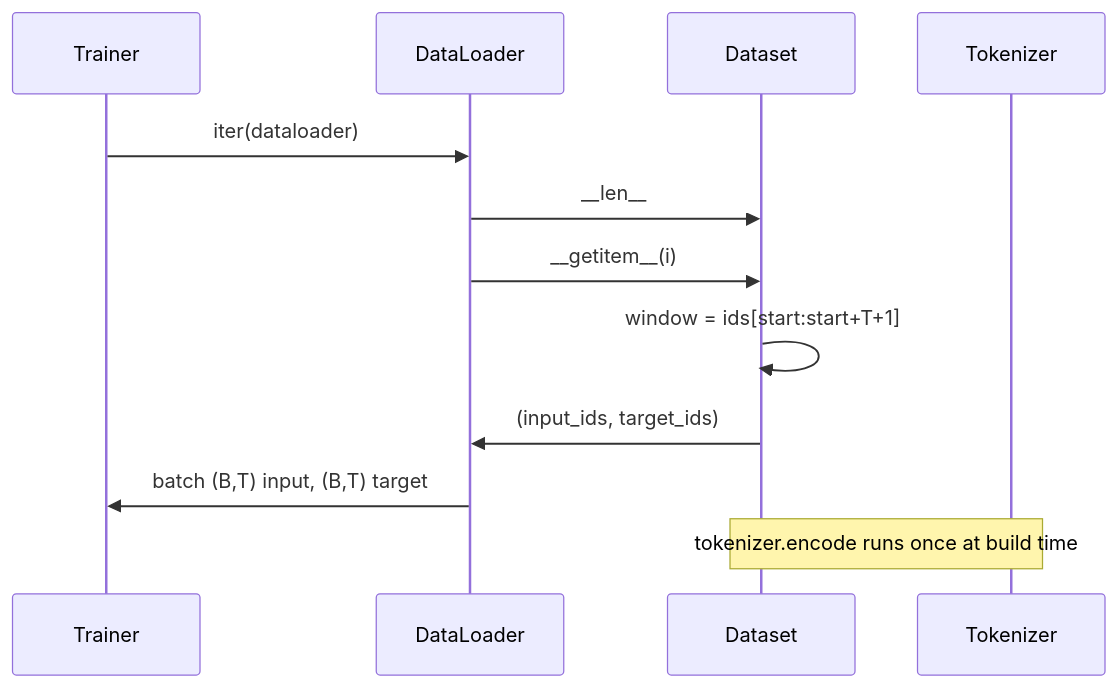
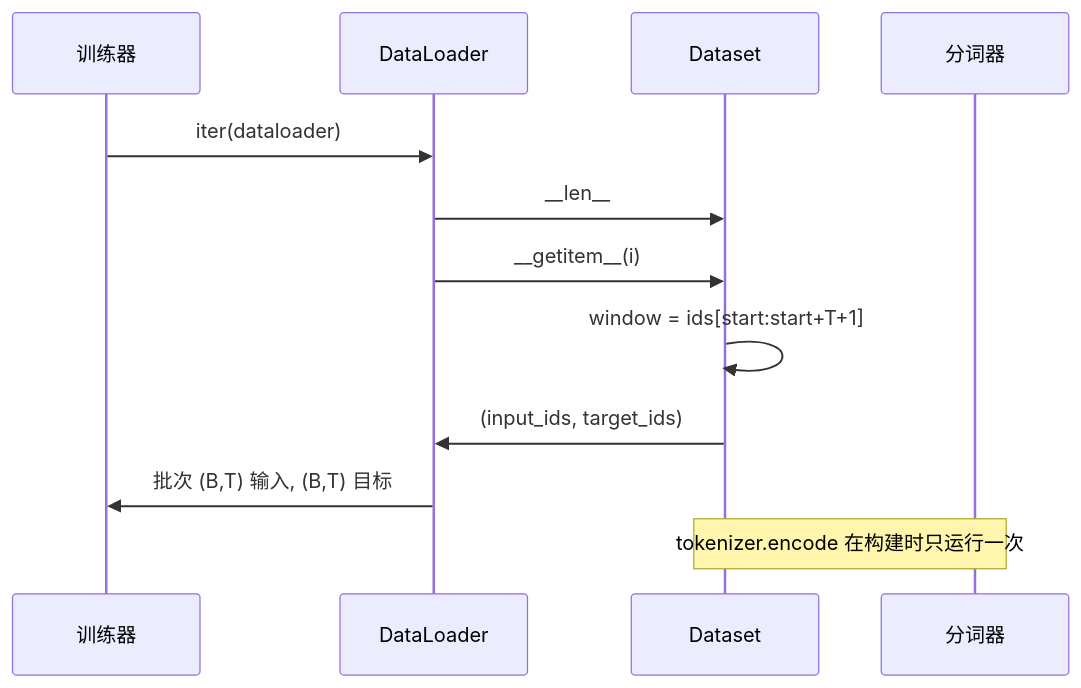
One commit to cq0206/ai-engineering-from-scratch changed the second of 2 diagrams in phases/19-capstone-projects/31-tokenized-dataset-sliding-window.md. Above: the diagram before and after it, drawn with Mermaid. The commit also changed other lines of this file and 150 other files, not shown here.

````diff
--- a/phases/19-capstone-projects/31-tokenized-dataset-sliding-window.md
+++ b/phases/19-capstone-projects/31-tokenized-dataset-sliding-window.md
@@ -55,14 +55,14 @@
 ```mermaid
 sequenceDiagram
-    participant Trainer
+    participant Trainer as 训练器
     participant DataLoader
     participant Dataset
-    participant Tokenizer
+    participant Tokenizer as 分词器
     Trainer->>DataLoader: iter(dataloader)
     DataLoader->>Dataset: __len__
     DataLoader->>Dataset: __getitem__(i)
     Dataset->>Dataset: window = ids[start:start+T+1]
     Dataset->>DataLoader: (input_ids, target_ids)
-    DataLoader->>Trainer: batch (B,T) input, (B,T) target
-    Note over Tokenizer,Dataset: tokenizer.encode runs once at build time
+    DataLoader->>Trainer: 批次 (B,T) 输入, (B,T) 目标
+    Note over Tokenizer,Dataset: tokenizer.encode 在构建时只运行一次
 ```
````
